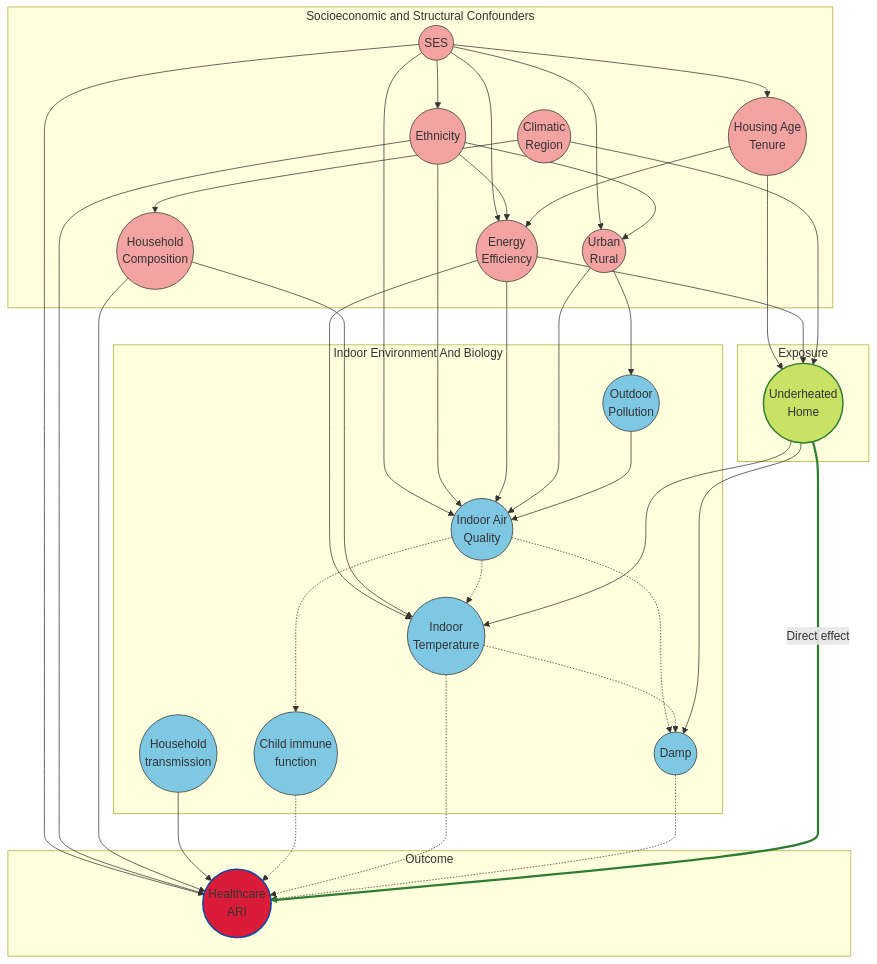
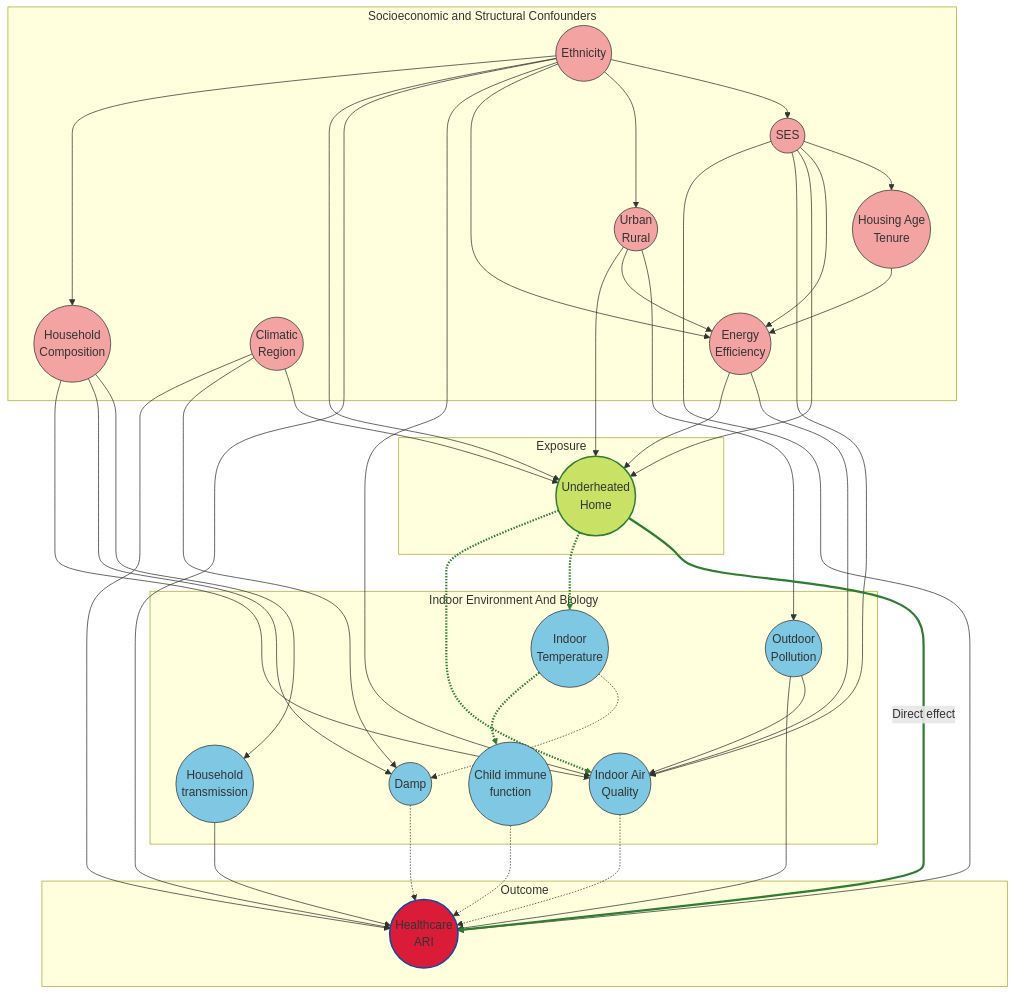
Before and after one commit to HomesHeatAndHealthyKids/DataLochAnalysis: the diagram in ari_dag.md, drawn with Mermaid.

Commit message:
Fixed up graph to match Slack DAG

````diff
--- a/ari_dag.md
+++ b/ari_dag.md
@@ -39,35 +39,41 @@
 %% Structural pathways
 %% =========================
 
-SES --> Ethnicity
+
 SES --> Housing_age_tenure
 SES --> Energy_efficiency
-SES --> Urban_rural
+SES --> Underheated_home
 SES --> Indoor_air_quality
 SES --> Healthcare_ARI
 
+Ethnicity --> SES
 Ethnicity --> Urban_rural
 Ethnicity --> Energy_efficiency
 Ethnicity --> Indoor_air_quality
 Ethnicity --> Healthcare_ARI
+Ethnicity --> Underheated_home
+Ethnicity --> Household_composition
 
 Housing_age_tenure --> Energy_efficiency
-Housing_age_tenure --> Underheated_home
 
 Energy_efficiency --> Indoor_air_quality
-Energy_efficiency --> Indoor_temp
 Energy_efficiency --> Underheated_home
 
 Urban_rural --> Outdoor_AP
-Urban_rural --> Indoor_air_quality
+Urban_rural --> Energy_efficiency
+Urban_rural --> Underheated_home
+
 
 Climatic_region --> Underheated_home
-Climatic_region --> Household_composition
+Climatic_region --> Damp
+Climatic_region --> Healthcare_ARI
 
 Outdoor_AP --> Indoor_air_quality
+Outdoor_AP --> Healthcare_ARI
 
-Household_composition --> Healthcare_ARI
-Household_composition --> Indoor_temp
+Household_composition --> Household_transmission
+Household_composition --> Damp
+Household_composition --> Indoor_air_quality
 
 Household_transmission --> Healthcare_ARI
 
@@ -75,14 +81,13 @@
 %% Mediated (indirect) pathways
 %% =========================
 
-Indoor_air_quality -.-> Child_immune_function
-Indoor_air_quality -.-> Indoor_temp
-Indoor_air_quality -.-> Damp
+Indoor_air_quality -.-> Healthcare_ARI
 
 Indoor_temp -.-> Damp
+Indoor_temp -.-> Child_immune_function
 
 Child_immune_function -.-> Healthcare_ARI
-Indoor_temp -.-> Healthcare_ARI
+
 Damp -.-> Healthcare_ARI
 
 %% =========================
@@ -92,8 +97,8 @@
 Underheated_home -->|Direct effect| Healthcare_ARI
 
 %% Optional extended mediated pathway emphasis
-Underheated_home --> Indoor_temp
-Underheated_home --> Damp
+Underheated_home -.-> Indoor_temp
+Underheated_home -.-> Indoor_air_quality
 
 %% =========================
 %% Styling
@@ -110,6 +115,9 @@
 class Healthcare_ARI outcome;
 
 %% Edge styling (green causal pathway)
-linkStyle 30 stroke:#2e7d32,stroke-width:3px;
-
+linkStyle 32 stroke:#2e7d32,stroke-width:5px;
+linkStyle 29 stroke:#2e7d32,stroke-width:3px;
+linkStyle 33 stroke:#2e7d32,stroke-width:3px;
+linkStyle 34 stroke:#2e7d32,stroke-width:3px;
+linkStyle 32 stroke:#2e7d32,stroke-width:3px;
 ```
````
